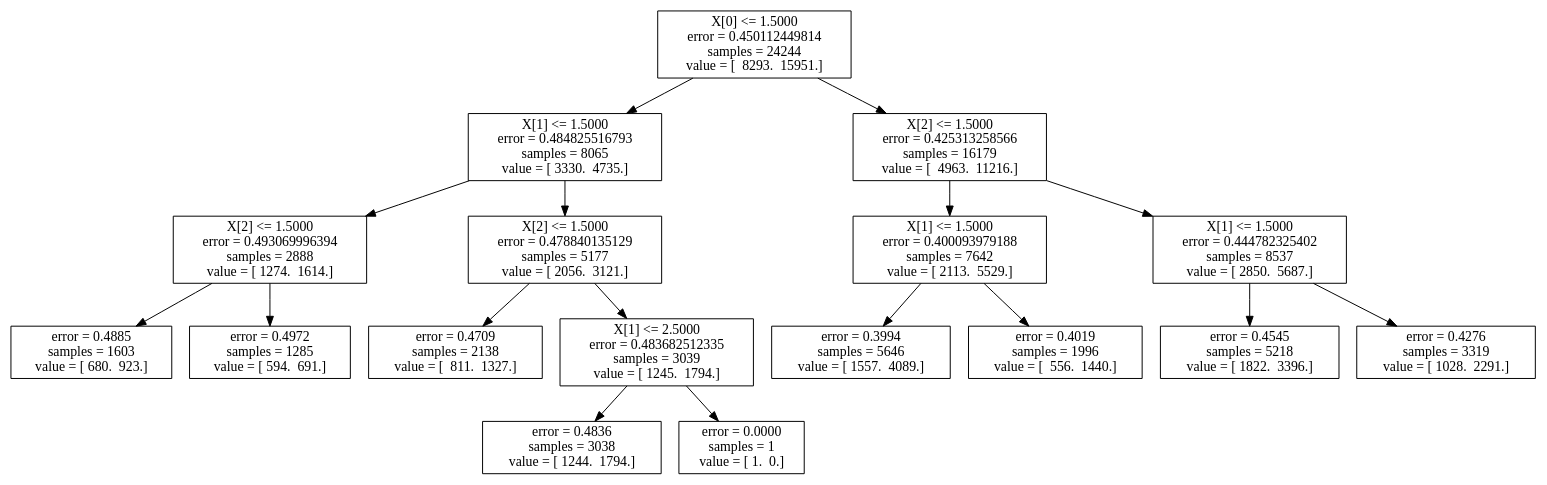
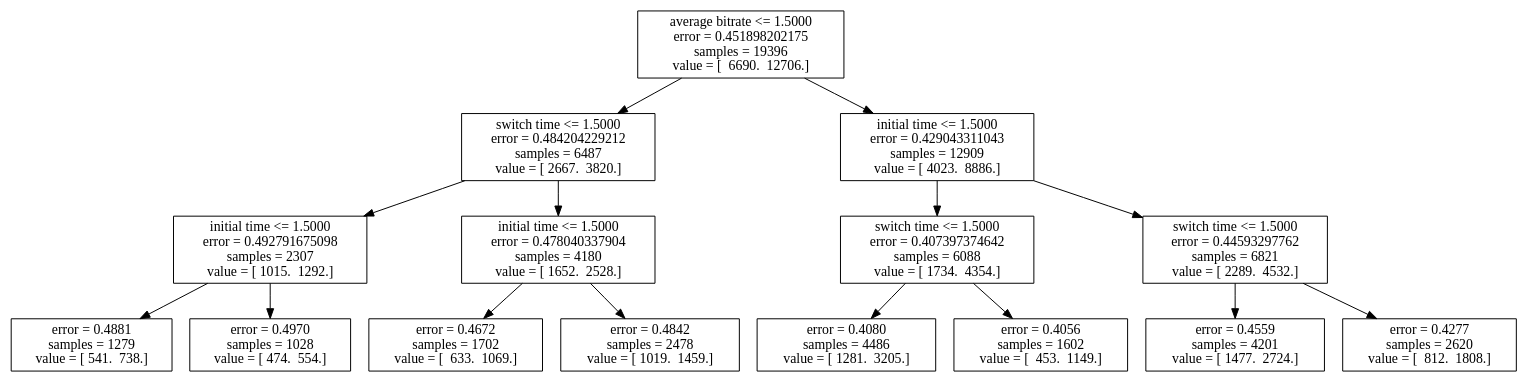
The diagram in ml/decision_tree/iPad_ad.dot (logicmd/DDQoE), drawn with Graphviz before and after one commit. The commit also changed 35 other files, not shown here.

```diff
--- a/ml/decision_tree/iPad_ad.dot
+++ b/ml/decision_tree/iPad_ad.dot
@@ -1,35 +1,31 @@
 digraph Tree {
-0 [label="X[0] <= 1.5000\nerror = 0.450112449814\nsamples = 24244\nvalue = [  8293.  15951.]", shape="box"] ;
-1 [label="X[1] <= 1.5000\nerror = 0.484825516793\nsamples = 8065\nvalue = [ 3330.  4735.]", shape="box"] ;
+0 [label="average bitrate <= 1.5000\nerror = 0.451898202175\nsamples = 19396\nvalue = [  6690.  12706.]", shape="box"] ;
+1 [label="switch time <= 1.5000\nerror = 0.484204229212\nsamples = 6487\nvalue = [ 2667.  3820.]", shape="box"] ;
 0 -> 1 ;
-2 [label="X[2] <= 1.5000\nerror = 0.493069996394\nsamples = 2888\nvalue = [ 1274.  1614.]", shape="box"] ;
+2 [label="initial time <= 1.5000\nerror = 0.492791675098\nsamples = 2307\nvalue = [ 1015.  1292.]", shape="box"] ;
 1 -> 2 ;
-3 [label="error = 0.4885\nsamples = 1603\nvalue = [ 680.  923.]", shape="box"] ;
+3 [label="error = 0.4881\nsamples = 1279\nvalue = [ 541.  738.]", shape="box"] ;
 2 -> 3 ;
-4 [label="error = 0.4972\nsamples = 1285\nvalue = [ 594.  691.]", shape="box"] ;
+4 [label="error = 0.4970\nsamples = 1028\nvalue = [ 474.  554.]", shape="box"] ;
 2 -> 4 ;
-5 [label="X[2] <= 1.5000\nerror = 0.478840135129\nsamples = 5177\nvalue = [ 2056.  3121.]", shape="box"] ;
+5 [label="initial time <= 1.5000\nerror = 0.478040337904\nsamples = 4180\nvalue = [ 1652.  2528.]", shape="box"] ;
 1 -> 5 ;
-6 [label="error = 0.4709\nsamples = 2138\nvalue = [  811.  1327.]", shape="box"] ;
+6 [label="error = 0.4672\nsamples = 1702\nvalue = [  633.  1069.]", shape="box"] ;
 5 -> 6 ;
-7 [label="X[1] <= 2.5000\nerror = 0.483682512335\nsamples = 3039\nvalue = [ 1245.  1794.]", shape="box"] ;
+7 [label="error = 0.4842\nsamples = 2478\nvalue = [ 1019.  1459.]", shape="box"] ;
 5 -> 7 ;
-8 [label="error = 0.4836\nsamples = 3038\nvalue = [ 1244.  1794.]", shape="box"] ;
-7 -> 8 ;
-9 [label="error = 0.0000\nsamples = 1\nvalue = [ 1.  0.]", shape="box"] ;
-7 -> 9 ;
-10 [label="X[2] <= 1.5000\nerror = 0.425313258566\nsamples = 16179\nvalue = [  4963.  11216.]", shape="box"] ;
-0 -> 10 ;
-11 [label="X[1] <= 1.5000\nerror = 0.400093979188\nsamples = 7642\nvalue = [ 2113.  5529.]", shape="box"] ;
-10 -> 11 ;
-12 [label="error = 0.3994\nsamples = 5646\nvalue = [ 1557.  4089.]", shape="box"] ;
-11 -> 12 ;
-13 [label="error = 0.4019\nsamples = 1996\nvalue = [  556.  1440.]", shape="box"] ;
-11 -> 13 ;
-14 [label="X[1] <= 1.5000\nerror = 0.444782325402\nsamples = 8537\nvalue = [ 2850.  5687.]", shape="box"] ;
-10 -> 14 ;
-15 [label="error = 0.4545\nsamples = 5218\nvalue = [ 1822.  3396.]", shape="box"] ;
-14 -> 15 ;
-16 [label="error = 0.4276\nsamples = 3319\nvalue = [ 1028.  2291.]", shape="box"] ;
-14 -> 16 ;
+8 [label="initial time <= 1.5000\nerror = 0.429043311043\nsamples = 12909\nvalue = [ 4023.  8886.]", shape="box"] ;
+0 -> 8 ;
+9 [label="switch time <= 1.5000\nerror = 0.407397374642\nsamples = 6088\nvalue = [ 1734.  4354.]", shape="box"] ;
+8 -> 9 ;
+10 [label="error = 0.4080\nsamples = 4486\nvalue = [ 1281.  3205.]", shape="box"] ;
+9 -> 10 ;
+11 [label="error = 0.4056\nsamples = 1602\nvalue = [  453.  1149.]", shape="box"] ;
+9 -> 11 ;
+12 [label="switch time <= 1.5000\nerror = 0.44593297762\nsamples = 6821\nvalue = [ 2289.  4532.]", shape="box"] ;
+8 -> 12 ;
+13 [label="error = 0.4559\nsamples = 4201\nvalue = [ 1477.  2724.]", shape="box"] ;
+12 -> 13 ;
+14 [label="error = 0.4277\nsamples = 2620\nvalue = [  812.  1808.]", shape="box"] ;
+12 -> 14 ;
 }
```
